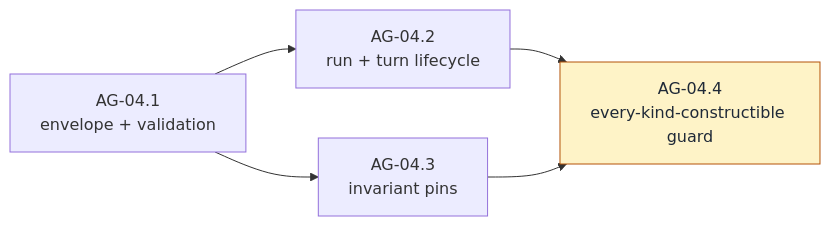
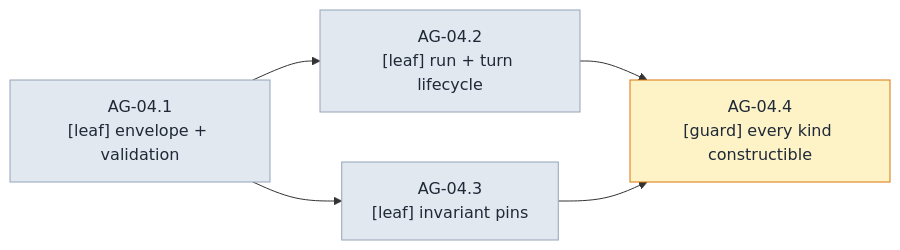
The fifth of 28 diagrams in docs/architecture/milestones/0003-cachicamas-agent-layer-2-task-graph.md (witsaba/cachicamas), drawn with Mermaid before and after one commit. The commit also changed other lines of this file and 3 other files, not shown here.

````diff
--- a/docs/architecture/milestones/0003-cachicamas-agent-layer-2-task-graph.md
+++ b/docs/architecture/milestones/0003-cachicamas-agent-layer-2-task-graph.md
@@ -254,9 +418,11 @@
 ```mermaid
 flowchart LR
-    B1["AG-04.1<br/>envelope + validation"] --> B2["AG-04.2<br/>run + turn lifecycle"]
-    B1 --> B3["AG-04.3<br/>invariant pins"]
-    B2 --> B4["AG-04.4<br/>every-kind-constructible guard"]
+    B1["AG-04.1<br/>[leaf] envelope + validation"] --> B2["AG-04.2<br/>[leaf] run + turn lifecycle"]
+    B1 --> B3["AG-04.3<br/>[leaf] invariant pins"]
+    B2 --> B4["AG-04.4<br/>[guard] every kind constructible"]
     B3 --> B4
-    classDef g fill:#fef3c7,stroke:#b45309,color:#1f2937
-    class B4 g
+    classDef leaf fill:#e2e8f0,stroke:#94a3b8,color:#1f2937
+    classDef guard fill:#fef3c7,stroke:#d97706,color:#1f2937
+    class B1,B2,B3 leaf
+    class B4 guard
 ```
````
